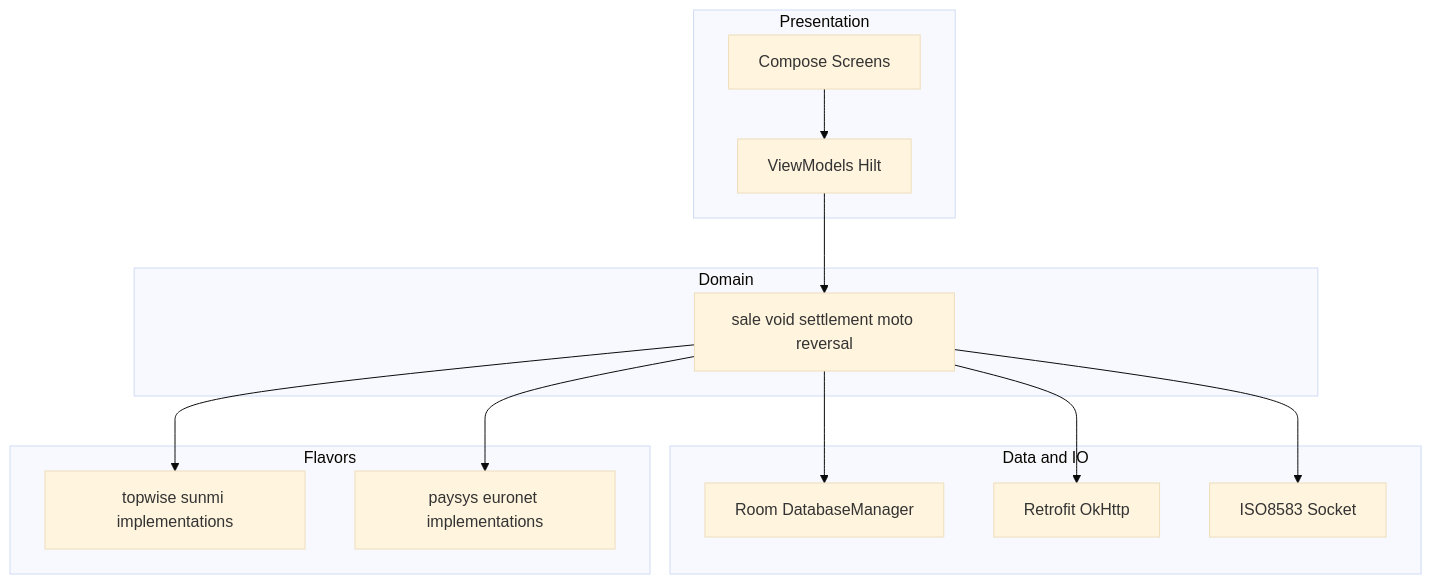
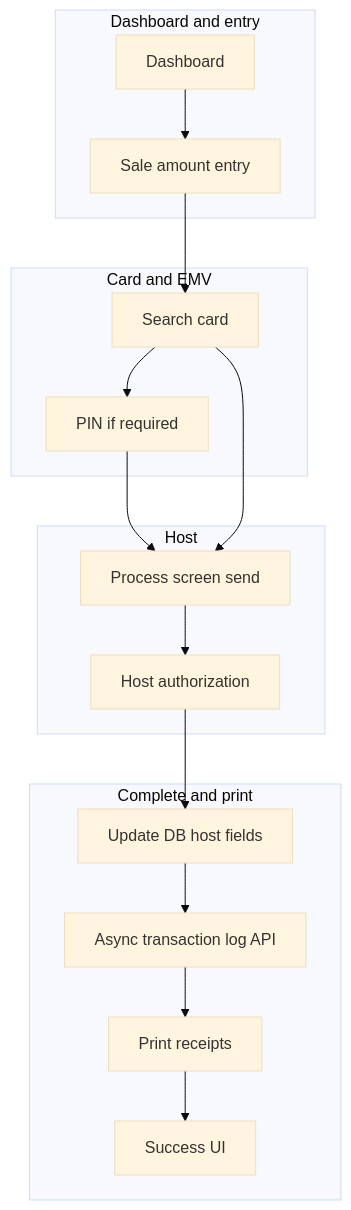
One commit to shummasniazi/fintech changed the first of 6 diagrams in README.md. Above: the diagram before and after it, drawn with Mermaid (base theme). The commit also changed other lines of this file, not shown here.

Commit message:
README: neutral host/acquirer labels, sale flow sections and diagrams

````diff
--- a/README.md
+++ b/README.md
@@ -46,26 +47,31 @@
 ```mermaid
-flowchart TB
-  subgraph ui [Presentation]
-    Screen[Compose Screens]
-    VM[ViewModels Hilt]
+flowchart TD
+  subgraph preDash [Dashboard and entry]
+    D[Dashboard]
+    S[Sale amount entry]
   end
-  subgraph domain [Domain]
-    Sale[sale void settlement moto reversal]
+  subgraph card [Card and EMV]
+    C[Search card]
+    P[PIN if required]
   end
-  subgraph data [Data and IO]
-    Room[Room DatabaseManager]
-    Retro[Retrofit OkHttp]
-    Socket[ISO8583 Socket]
+  subgraph online [Host]
+    X[Process screen send]
+    H[Host authorization]
   end
-  subgraph platform [Flavors]
-    DevHW[topwise sunmi implementations]
-    DevHost[paysys euronet implementations]
+  subgraph finish [Complete and print]
+    U[Update DB host fields]
+    L[Async transaction log API]
+    R[Print receipts]
+    OK[Success UI]
   end
-  Screen --> VM
-  VM --> Sale
-  Sale --> Room
-  Sale --> Retro
-  Sale --> Socket
-  Sale --> DevHW
-  Sale --> DevHost
+  D --> S
+  S --> C
+  C --> P
+  P --> X
+  C --> X
+  X --> H
+  H --> U
+  U --> L
+  L --> R
+  R --> OK
 ```
````
